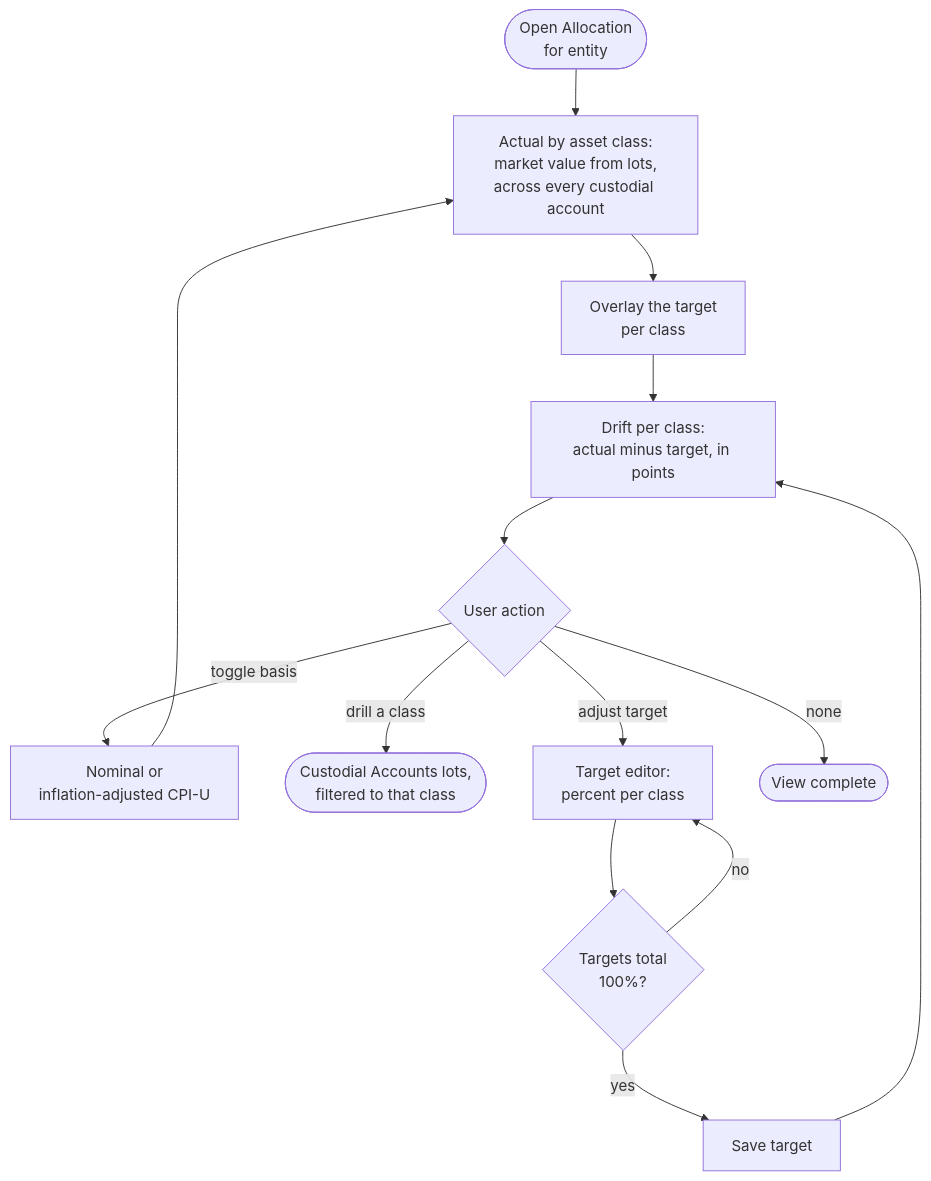
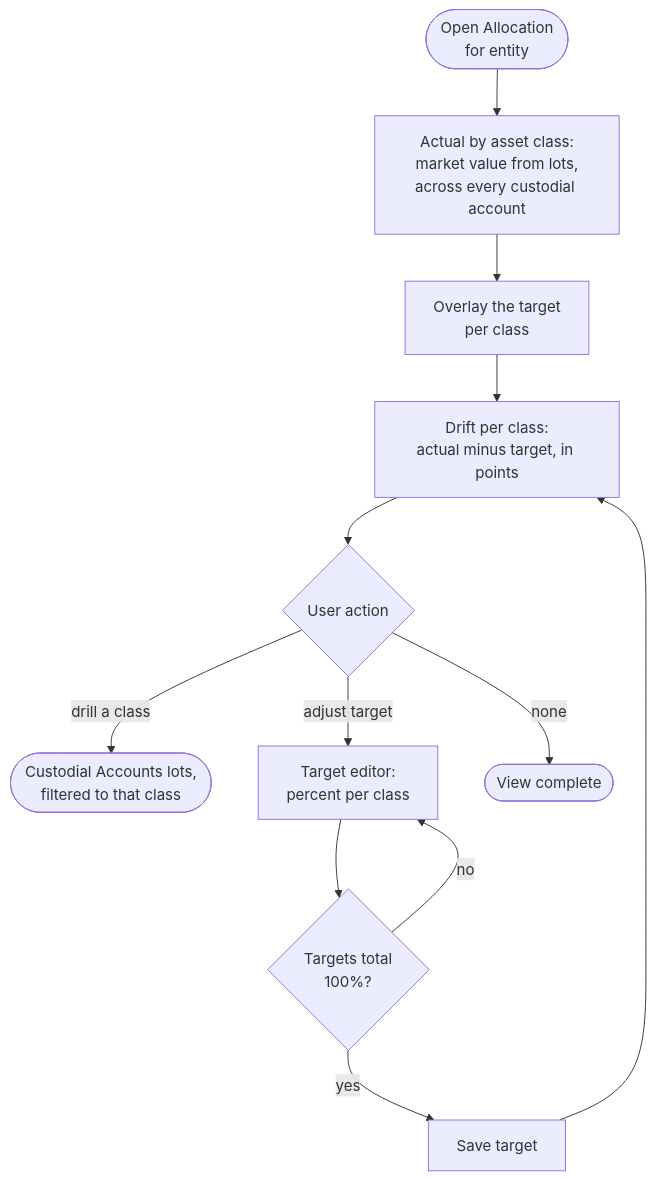
Before and after one commit to richmosko/polycarpic: the diagram in docs/DESIGN/flows/allocation-flow.md, drawn with Mermaid. The commit also changed other lines of this file and 3 other files, not shown here.

First line of the commit message:
docs(design): drop the nominal/inflation-adjusted toggle from Allocation

````diff
--- a/docs/DESIGN/flows/allocation-flow.md
+++ b/docs/DESIGN/flows/allocation-flow.md
@@ -5,16 +5,14 @@
 ```mermaid
 flowchart TD
   open([Open Allocation\nfor entity]) --> actual[Actual by asset class:\nmarket value from lots,\nacross every custodial account]
   actual --> target[Overlay the target\nper class]
   target --> drift[Drift per class:\nactual minus target, in points]
   drift --> act{User action}
-  act -- toggle basis --> basis[Nominal or\ninflation-adjusted CPI-U]
-  basis --> actual
   act -- drill a class --> lots([Custodial Accounts lots,\nfiltered to that class])
   act -- adjust target --> edit[Target editor:\npercent per class]
   edit --> sum{Targets total\n100%?}
   sum -- no --> edit
   sum -- yes --> save[Save target]
   save --> drift
   act -- none --> done([View complete])
 ```
````
